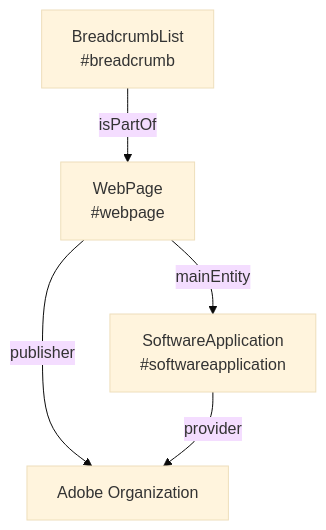
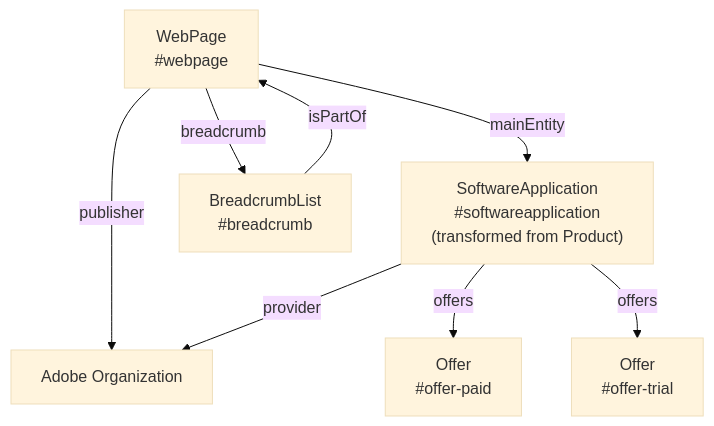
One commit to adobecom/milo changed the third of 3 diagrams in libs/utils/json-ld.md. Above: the diagram before and after it, drawn with Mermaid (base theme). The commit also changed other lines of this file and 3 other files, not shown here.

````diff
--- a/libs/utils/json-ld.md
+++ b/libs/utils/json-ld.md
@@ -232,11 +249,16 @@
 ```mermaid
 graph TD
     WP["WebPage<br/>#webpage"]
-    SA["SoftwareApplication<br/>#softwareapplication"]
+    SA["SoftwareApplication<br/>#softwareapplication<br/>(transformed from Product)"]
     BC["BreadcrumbList<br/>#breadcrumb"]
     ORG["Adobe Organization"]
+    OFF1["Offer<br/>#offer-paid"]
+    OFF2["Offer<br/>#offer-trial"]
     WP -->|mainEntity| SA
     WP -->|publisher| ORG
+    WP -->|breadcrumb| BC
     SA -->|provider| ORG
+    SA -->|offers| OFF1
+    SA -->|offers| OFF2
     BC -->|isPartOf| WP
 ```
````
